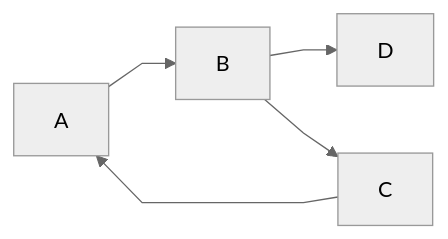
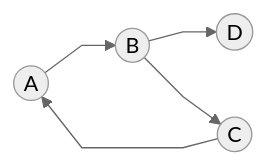
One commit to laurenceomfoisy/laurenceoliviermfoisy changed diagram 15 of 39 in presentation_goa/index.qmd. Above: the diagram before and after it, drawn with Mermaid (neutral theme). The commit also changed other lines of this file and 1 other file, not shown here.

````diff
--- a/presentation_goa/index.qmd
+++ b/presentation_goa/index.qmd
@@ -218,10 +215,10 @@
 ```{mermaid}
 
 %%{init: {'flowchart' : {'curve' : 'linear'}}}%%
 
 flowchart LR;
-    A --> B;
-    B --> D;
-    B --> C;
+    A((A)) --> B((B));
+    B --> D((D));
+    B --> C((C));
     C --> A;
 ```
````
